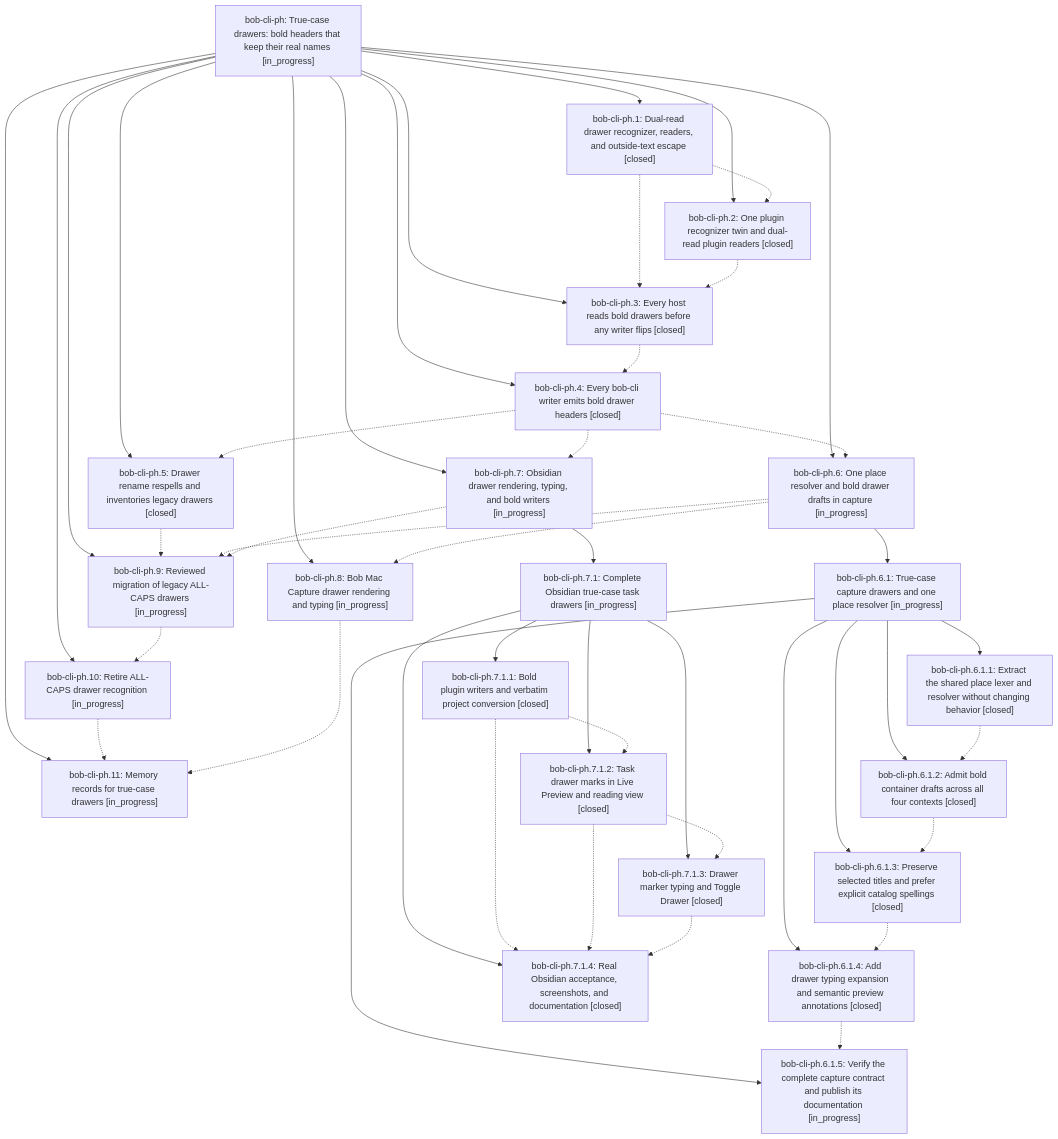
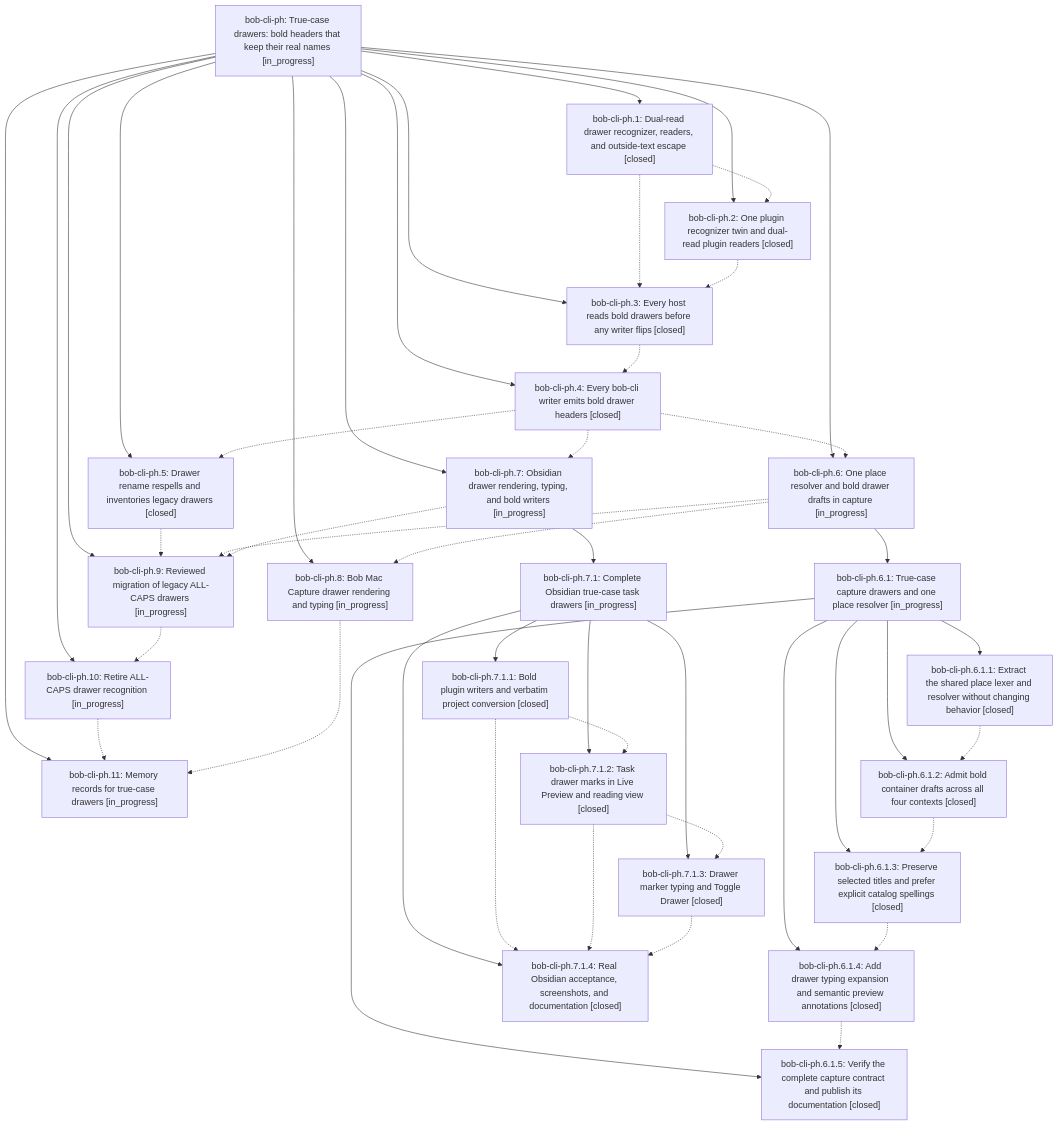
The diagram in pages/bob-cli-ph/README.md (bobs-org/bob-cli--beads), drawn with Mermaid before and after one commit. The commit also changed other lines of this file and 9 other files, not shown here.

First line of the commit message:
chore(beads): sync bead state and pages for bob-cli-ph

````diff
--- a/pages/bob-cli-ph/README.md
+++ b/pages/bob-cli-ph/README.md
@@ -56,71 +56,71 @@
 ```mermaid
 flowchart TD
     n0["bob-cli-ph: True-case drawers: bold headers that keep their real names [in_progress]"]
     n1["bob-cli-ph.1: Dual-read drawer recognizer, readers, and outside-text escape [closed]"]
     n2["bob-cli-ph.10: Retire ALL-CAPS drawer recognition [in_progress]"]
     n3["bob-cli-ph.11: Memory records for true-case drawers [in_progress]"]
     n4["bob-cli-ph.2: One plugin recognizer twin and dual-read plugin readers [closed]"]
     n5["bob-cli-ph.3: Every host reads bold drawers before any writer flips [closed]"]
     n6["bob-cli-ph.4: Every bob-cli writer emits bold drawer headers [closed]"]
     n7["bob-cli-ph.5: Drawer rename respells and inventories legacy drawers [closed]"]
     n8["bob-cli-ph.6: One place resolver and bold drawer drafts in capture [in_progress]"]
     n9["bob-cli-ph.6.1: True-case capture drawers and one place resolver [in_progress]"]
     n10["bob-cli-ph.6.1.1: Extract the shared place lexer and resolver without changing behavior [closed]"]
     n11["bob-cli-ph.6.1.2: Admit bold container drafts across all four contexts [closed]"]
     n12["bob-cli-ph.6.1.3: Preserve selected titles and prefer explicit catalog spellings [closed]"]
     n13["bob-cli-ph.6.1.4: Add drawer typing expansion and semantic preview annotations [closed]"]
-    n14["bob-cli-ph.6.1.5: Verify the complete capture contract and publish its documentation [in_progress]"]
+    n14["bob-cli-ph.6.1.5: Verify the complete capture contract and publish its documentation [closed]"]
     n15["bob-cli-ph.7: Obsidian drawer rendering, typing, and bold writers [in_progress]"]
     n16["bob-cli-ph.7.1: Complete Obsidian true-case task drawers [in_progress]"]
     n17["bob-cli-ph.7.1.1: Bold plugin writers and verbatim project conversion [closed]"]
     n18["bob-cli-ph.7.1.2: Task drawer marks in Live Preview and reading view [closed]"]
     n19["bob-cli-ph.7.1.3: Drawer marker typing and Toggle Drawer [closed]"]
     n20["bob-cli-ph.7.1.4: Real Obsidian acceptance, screenshots, and documentation [closed]"]
     n21["bob-cli-ph.8: Bob Mac Capture drawer rendering and typing [in_progress]"]
     n22["bob-cli-ph.9: Reviewed migration of legacy ALL-CAPS drawers [in_progress]"]
     n0 --> n1
     n0 --> n2
     n0 --> n3
     n0 --> n4
     n0 --> n5
     n0 --> n6
     n0 --> n7
     n0 --> n8
     n8 --> n9
     n9 --> n10
     n9 --> n11
     n9 --> n12
     n9 --> n13
     n9 --> n14
     n0 --> n15
     n15 --> n16
     n16 --> n17
     n16 --> n18
     n16 --> n19
     n16 --> n20
     n0 --> n21
     n0 --> n22
     n1 -.-> n4
     n1 -.-> n5
     n2 -.-> n3
     n4 -.-> n5
     n5 -.-> n6
     n6 -.-> n7
     n6 -.-> n8
     n6 -.-> n15
     n7 -.-> n22
     n8 -.-> n21
     n8 -.-> n22
     n10 -.-> n11
     n11 -.-> n12
     n12 -.-> n13
     n13 -.-> n14
     n15 -.-> n22
     n17 -.-> n18
     n17 -.-> n20
     n18 -.-> n19
     n18 -.-> n20
     n19 -.-> n20
     n21 -.-> n3
     n22 -.-> n2
 ```
````
